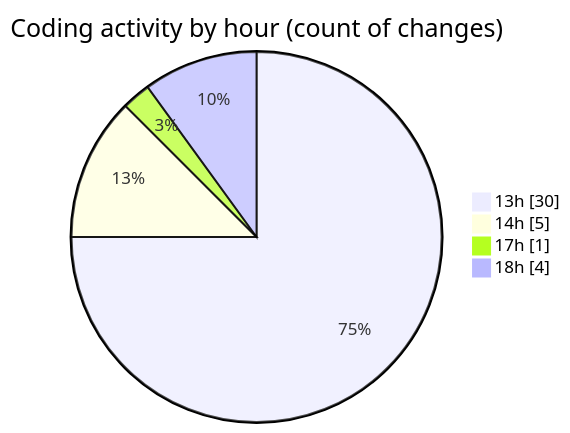
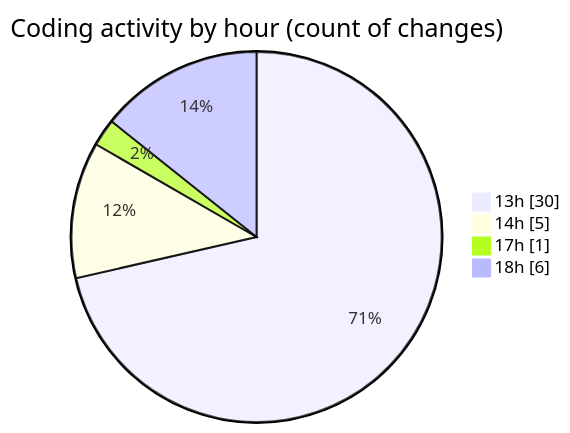
One commit to robertbonfada/code-tracking changed the second of 2 diagrams in 2025-01-14/mbc-web/README.md. Above: the diagram before and after it, drawn with Mermaid. The commit also changed other lines of this file and 1 other file, not shown here.

````diff
--- a/2025-01-14/mbc-web/README.md
+++ b/2025-01-14/mbc-web/README.md
@@ -47,8 +47,8 @@
 ```mermaid
 pie showData
 title Coding activity by hour (count of changes)
 "13h" : 30
 "14h" : 5
 "17h" : 1
-"18h" : 4
+"18h" : 6
 ```
````
